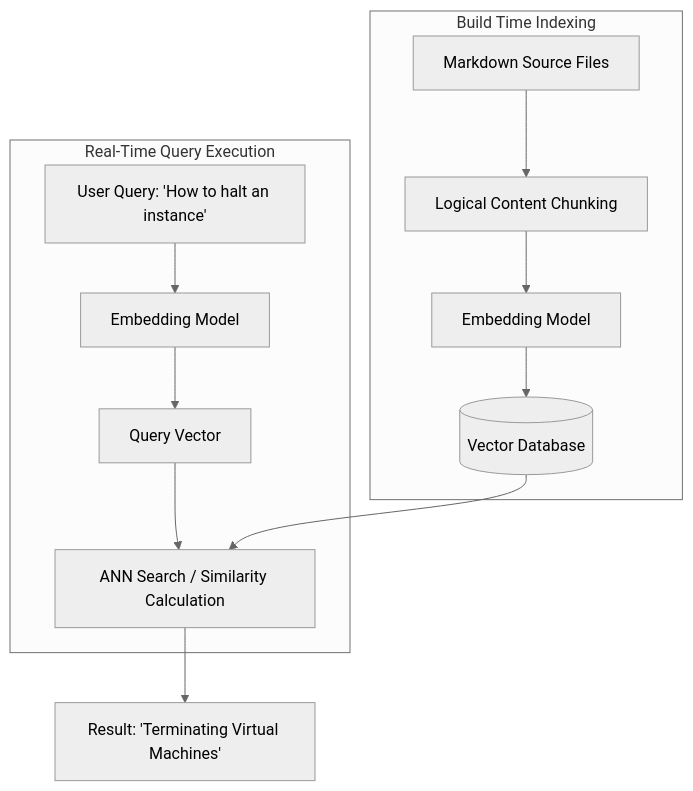
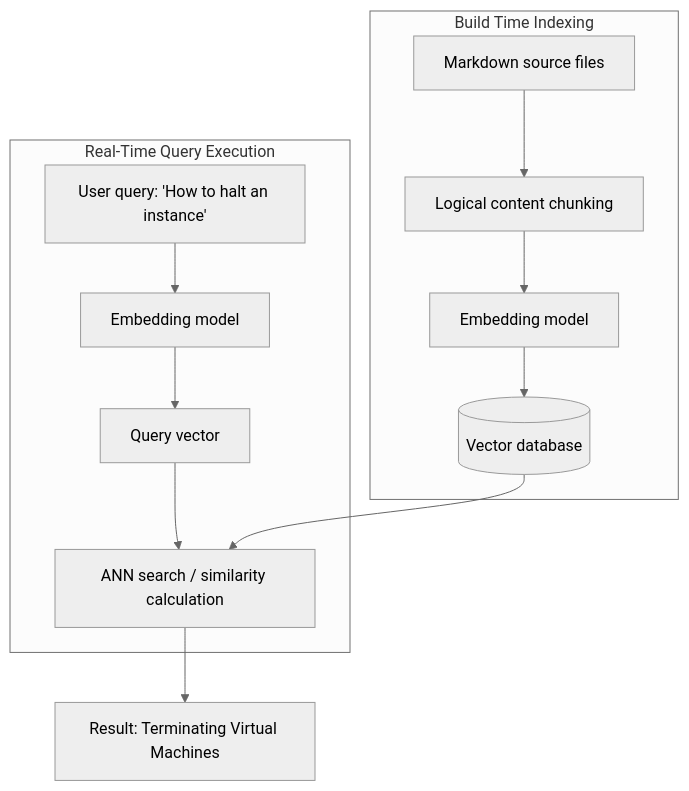
One commit to vaishvanara/techwritingkb changed the diagram in docs/industry-terms/neural-search.md. Above: the diagram before and after it, drawn with Mermaid (neutral theme). The commit also changed other lines of this file and 51 other files, not shown here.

````diff
--- a/docs/industry-terms/neural-search.md
+++ b/docs/industry-terms/neural-search.md
@@ -41,17 +41,17 @@
 ```mermaid
 graph TD
     subgraph Build Time Indexing
-        DocSource[Markdown Source Files] --> TextChunk[Logical Content Chunking]
-        TextChunk --> EmbedModel[Embedding Model]
-        EmbedModel --> VectorStore[(Vector Database)]
+        DocSource[Markdown source files] --> TextChunk[Logical content chunking]
+        TextChunk --> EmbedModel[Embedding model]
+        EmbedModel --> VectorStore[(Vector database)]
     end
 
     subgraph Real-Time Query Execution
-        UserQuery[User Query: 'How to halt an instance'] --> RealTimeModel[Embedding Model]
-        RealTimeModel --> QueryVector[Query Vector]
-        QueryVector --> ANN[ANN Search / Similarity Calculation]
+        UserQuery[User query: 'How to halt an instance'] --> RealTimeModel[Embedding model]
+        RealTimeModel --> QueryVector[Query vector]
+        QueryVector --> ANN[ANN search / similarity calculation]
     end
 
     VectorStore --> ANN
-    ANN --> SemanticResults[Result: 'Terminating Virtual Machines']
+    ANN --> SemanticResults[Result: Terminating Virtual Machines]
 ```
````
